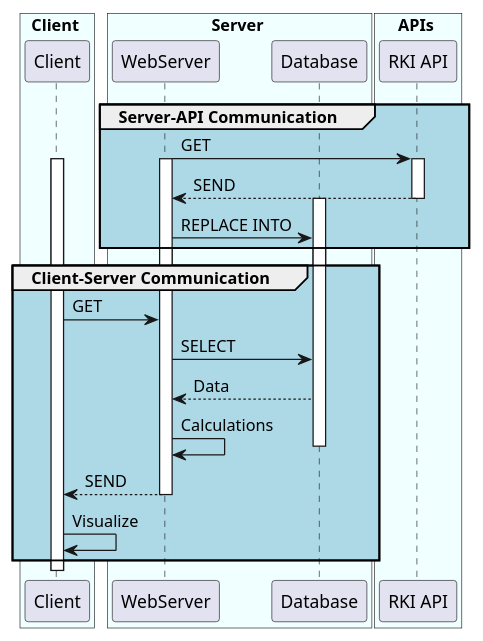
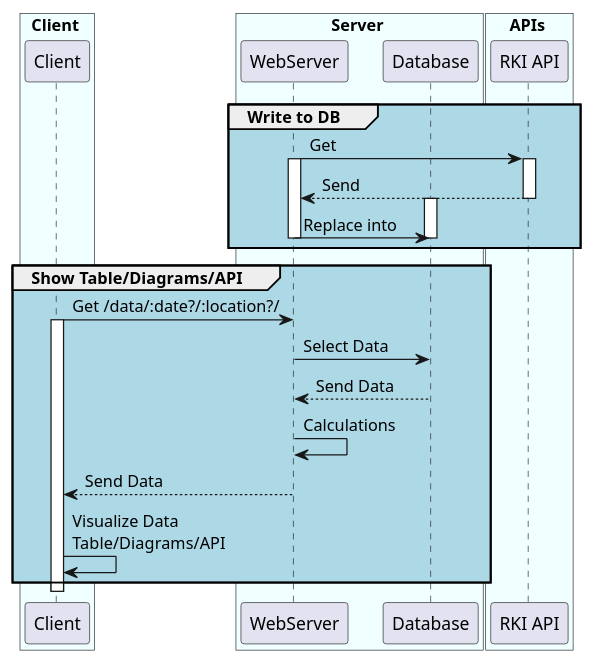
One commit to FelixGeisler/CoronaDashboard changed the second of 2 diagrams in docs/uml.md. Above: the diagram before and after it, drawn with PlantUML. The commit also changed other lines of this file and 2 other files, not shown here.

Commit message:
Add Schleswig-Holstein.

````diff
--- a/docs/uml.md
+++ b/docs/uml.md
@@ -28,37 +26,39 @@
 ```plantuml
 box Client #azure
 participant Client
 end box
 
 box Server #azure
 participant WebServer
 participant Database
 end box
 
 box APIs #azure
 participant "RKI API"
 end box
 
-Group #LightBlue Server-API Communication
-WebServer -> "RKI API": GET
+Group #LightBlue Write to DB
+WebServer -> "RKI API": Get
 activate WebServer
-activate Client
 activate "RKI API"
-"RKI API" --> WebServer: SEND
+"RKI API" --> WebServer: Send
 deactivate "RKI API"
 activate Database
-WebServer -> Database: REPLACE INTO
+WebServer -> Database: Replace into
+deactivate WebServer
+deactivate Database
 end
 
-Group #LightBlue Client-Server Communication
+Group #LightBlue Show Table/Diagrams/API
+Client -> WebServer: Get /data/:date?/:location?/
 activate Client
-Client -> WebServer: GET
-WebServer -> Database: SELECT
-Database --> WebServer: Data
+WebServer -> Database: Select Data
+Database --> WebServer: Send Data
 WebServer -> WebServer: Calculations
 deactivate Database 
-WebServer --> Client: SEND
+WebServer --> Client: Send Data
 deactivate WebServer
-Client -> Client: Visualize
+Client -> Client: Visualize Data\nTable/Diagrams/API
 end
+deactivate Client
 ```
````
